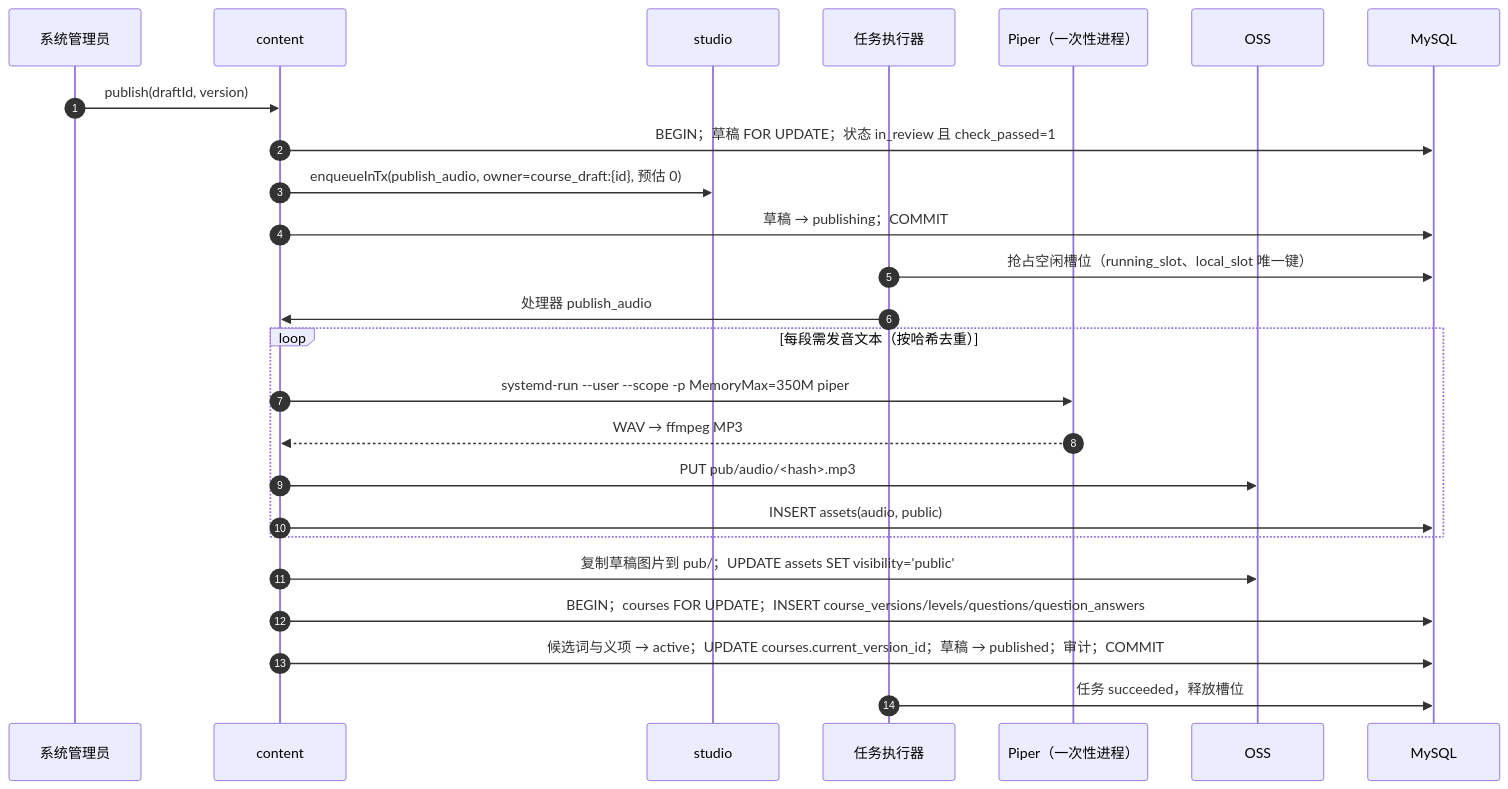
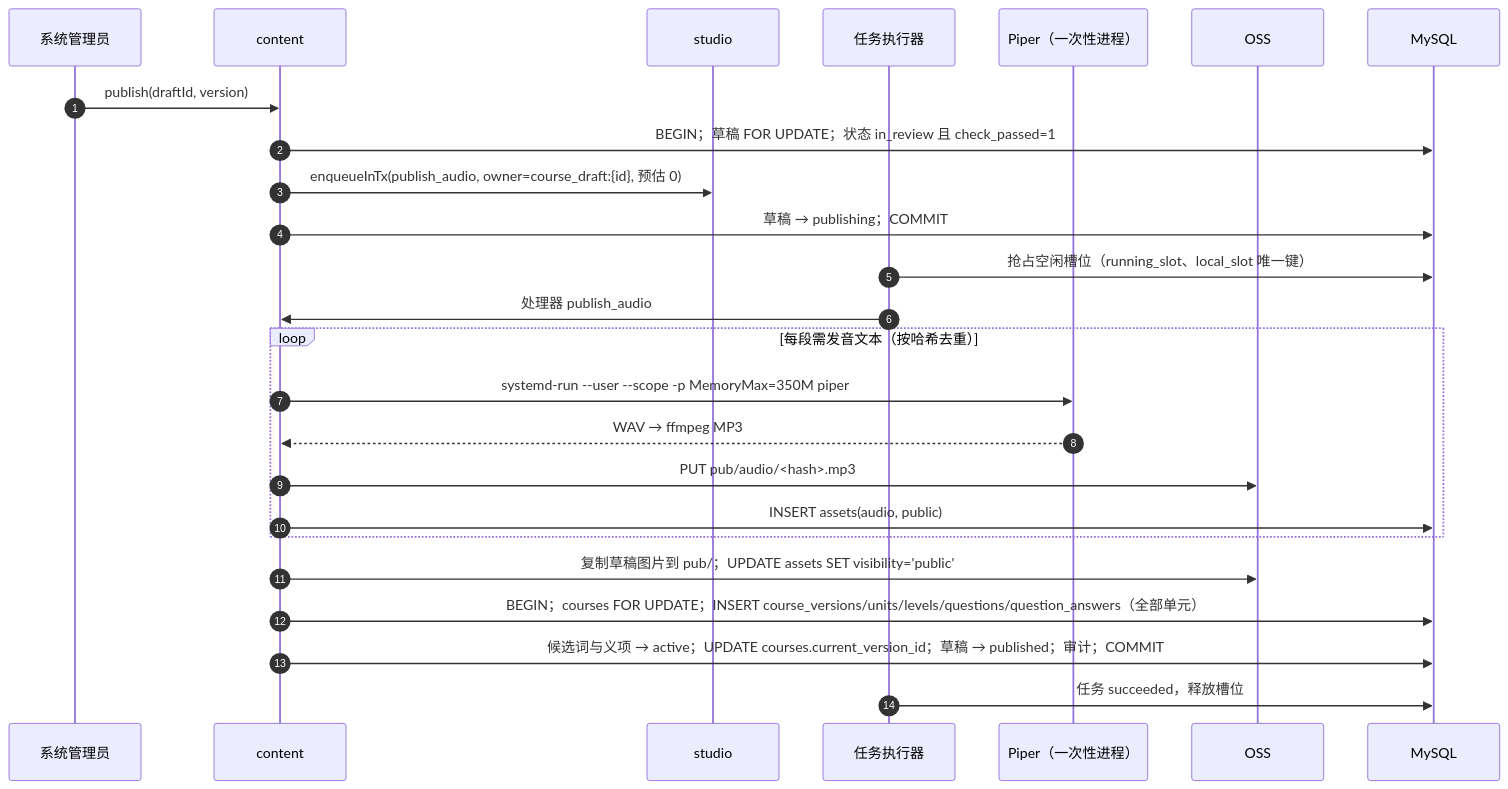
The diagram in docs/03-design/modules/content.md (leomoon2016/xingya), drawn with Mermaid before and after one commit. The commit also changed other lines of this file and 39 other files, not shown here.

````diff
--- a/docs/03-design/modules/content.md
+++ b/docs/03-design/modules/content.md
@@ -54,27 +59,27 @@
 ```mermaid
 sequenceDiagram
   autonumber
   participant A as 系统管理员
   participant CO as content
   participant ST as studio
   participant W as 任务执行器
   participant P as Piper（一次性进程）
   participant OSS as OSS
   participant DB as MySQL
   A->>CO: publish(draftId, version)
   CO->>DB: BEGIN；草稿 FOR UPDATE；状态 in_review 且 check_passed=1
   CO->>ST: enqueueInTx(publish_audio, owner=course_draft:{id}, 预估 0)
   CO->>DB: 草稿 → publishing；COMMIT
   W->>DB: 抢占空闲槽位（running_slot、local_slot 唯一键）
   W->>CO: 处理器 publish_audio
   loop 每段需发音文本（按哈希去重）
     CO->>P: systemd-run --user --scope -p MemoryMax=350M piper
     P-->>CO: WAV → ffmpeg MP3
     CO->>OSS: PUT pub/audio/<hash>.mp3
     CO->>DB: INSERT assets(audio, public)
   end
   CO->>OSS: 复制草稿图片到 pub/；UPDATE assets SET visibility='public'
-  CO->>DB: BEGIN；courses FOR UPDATE；INSERT course_versions/levels/questions/question_answers
+  CO->>DB: BEGIN；courses FOR UPDATE；INSERT course_versions/units/levels/questions/question_answers（全部单元）
   CO->>DB: 候选词与义项 → active；UPDATE courses.current_version_id；草稿 → published；审计；COMMIT
   W->>DB: 任务 succeeded，释放槽位
 ```
````
